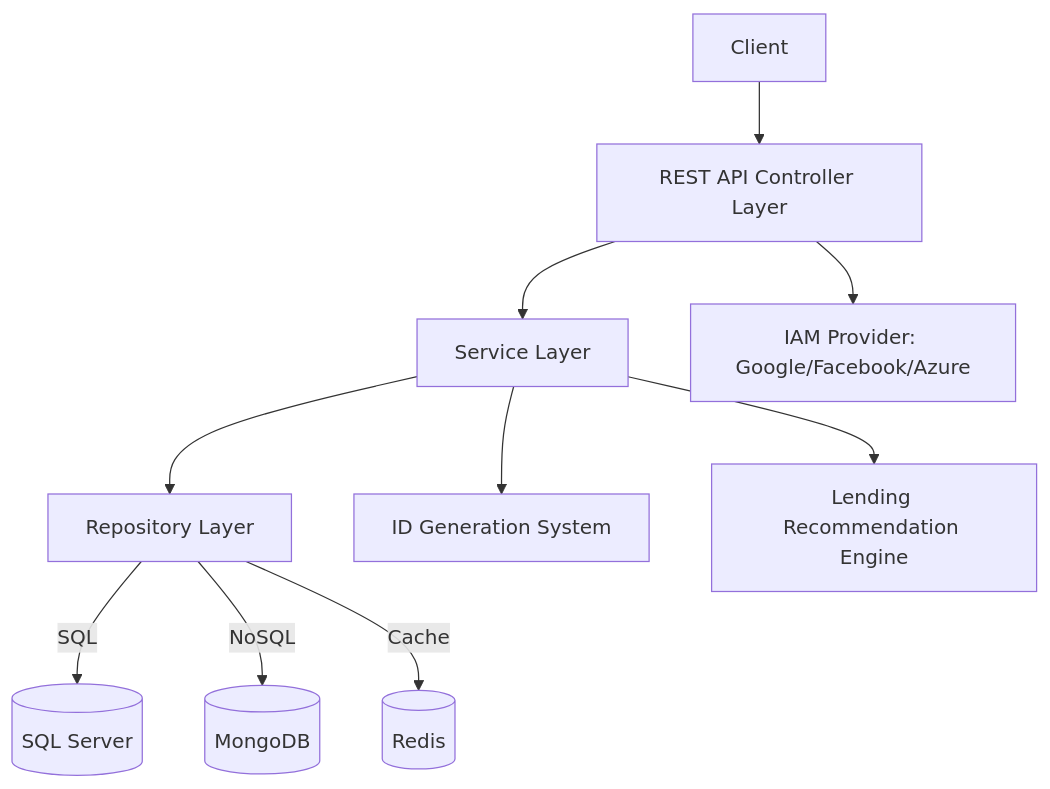
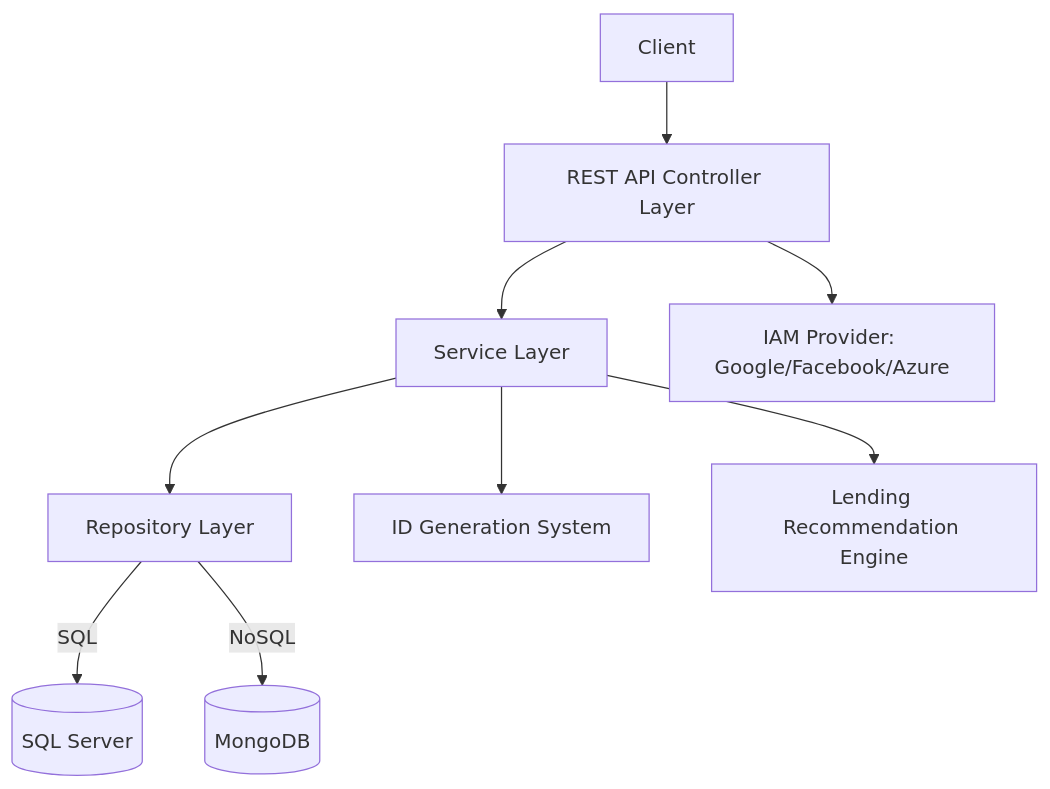
The diagram in README.md (davidsferreira02/Library-Management), drawn with Mermaid before and after one commit.

Commit message:
Remove Redis cache from README architecture diagram

````diff
--- a/README.md
+++ b/README.md
@@ -29,12 +29,11 @@
 ```mermaid
 flowchart TD
     A[Client] --> B[REST API Controller Layer]
     B --> C[Service Layer]
     C --> D[Repository Layer]
     D -->|SQL| E[(SQL Server)]
     D -->|NoSQL| F[(MongoDB)]
-    D -->|Cache| G[(Redis)]
     C --> H[ID Generation System]
     C --> I[Lending Recommendation Engine]
     B --> J[IAM Provider: Google/Facebook/Azure]
 ```
````
